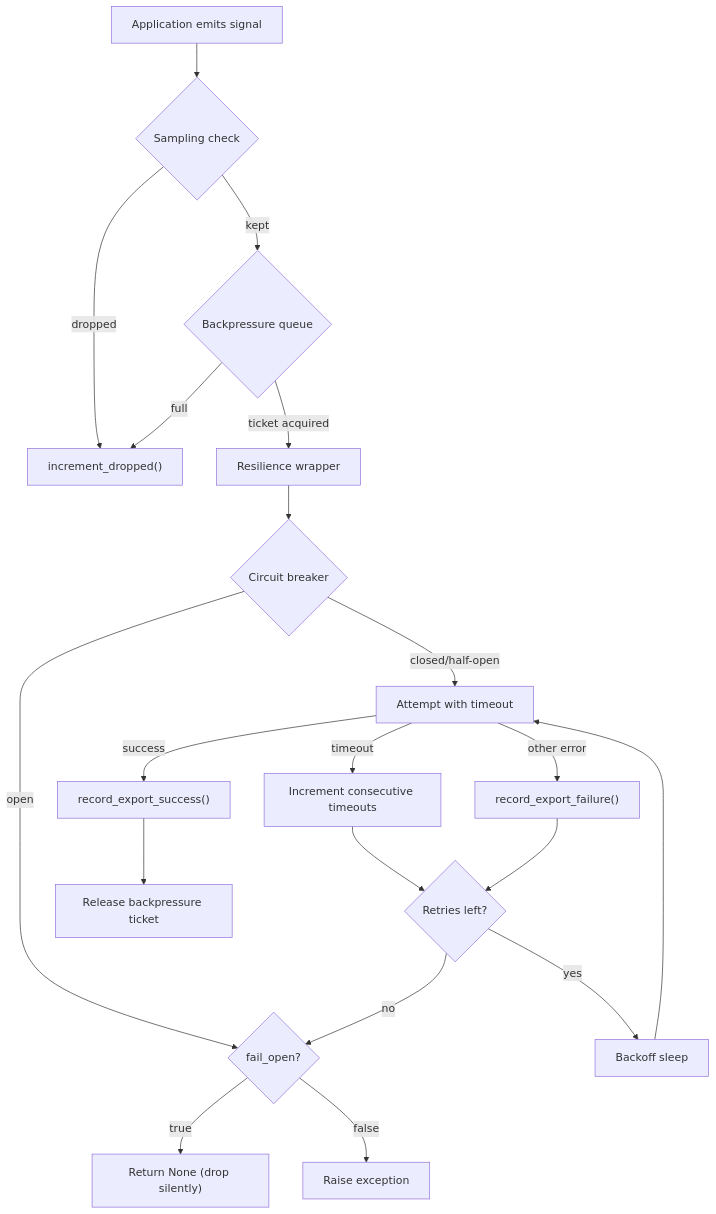
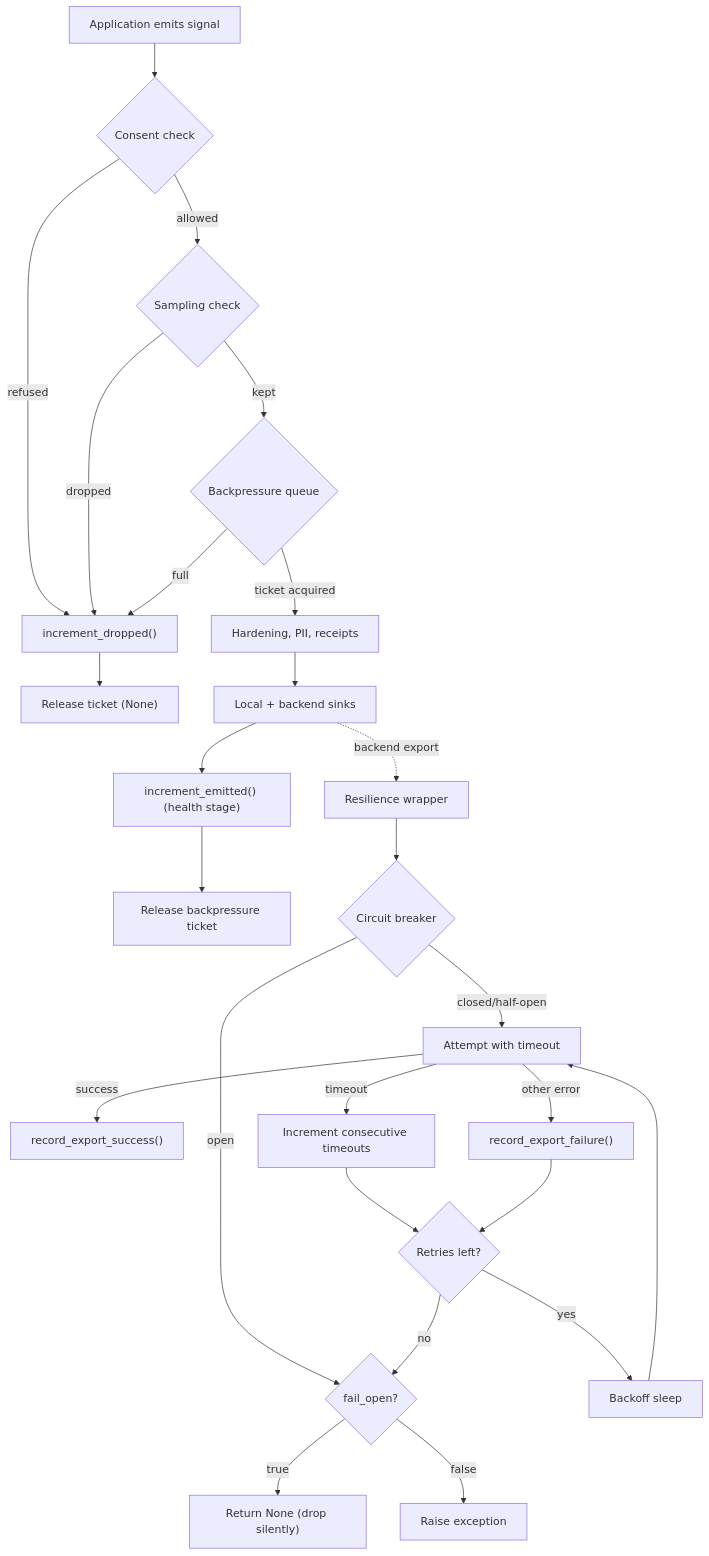
One commit to provide-io/provide-telemetry changed the second of 3 diagrams in docs/internal/internals.md. Above: the diagram before and after it, drawn with Mermaid. The commit also changed other lines of this file and 393 other files, not shown here.

````diff
--- a/docs/internal/internals.md
+++ b/docs/internal/internals.md
@@ -136,21 +168,27 @@
 ```mermaid
 flowchart TD
-    A["Application emits signal"] --> B{"Sampling check"}
-    B -->|dropped| Z["increment_dropped()"]
+    A["Application emits signal"] --> A1{"Consent check"}
+    A1 -->|refused| Z["increment_dropped()"]
+    A1 -->|allowed| B{"Sampling check"}
+    B -->|dropped| Z
     B -->|kept| C{"Backpressure queue"}
     C -->|full| Z
-    C -->|ticket acquired| D["Resilience wrapper"]
+    Z --> R["Release ticket (None)"]
+    C -->|ticket acquired| P["Hardening, PII, receipts"]
+    P --> S["Local + backend sinks"]
+    S --> HE["increment_emitted() (health stage)"]
+    HE --> O["Release backpressure ticket"]
+    S -.->|"backend export"| D["Resilience wrapper"]
     D --> E{"Circuit breaker"}
     E -->|open| F{"fail_open?"}
     E -->|closed/half-open| G["Attempt with timeout"]
     G -->|success| H["record_export_success()"]
     G -->|timeout| I["Increment consecutive timeouts"]
     I --> J{"Retries left?"}
     J -->|yes| K["Backoff sleep"] --> G
     J -->|no| F
     G -->|other error| L["record_export_failure()"]
     L --> J
     F -->|true| M["Return None (drop silently)"]
     F -->|false| N["Raise exception"]
-    H --> O["Release backpressure ticket"]
 ```
````
